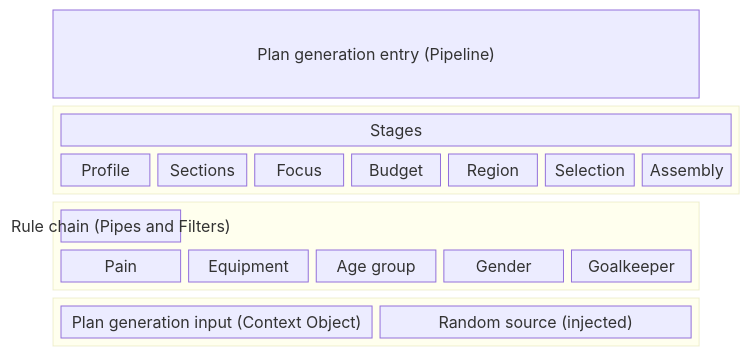
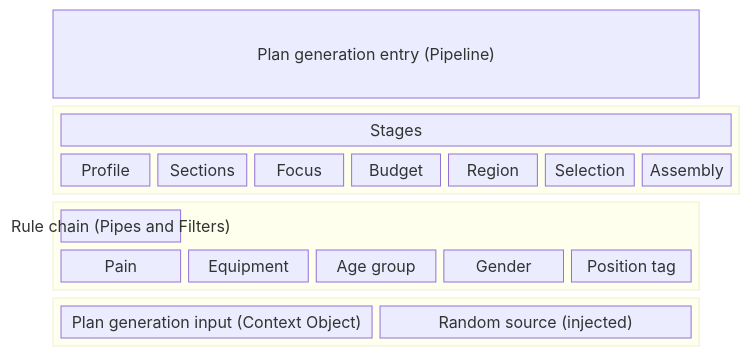
One commit to digital-athletic/sports-athletic changed the second of 2 diagrams in athlete-mobile/docs/adr/plan-generator-architecture.md. Above: the diagram before and after it, drawn with Mermaid. The commit also changed other lines of this file and 26 other files, not shown here.

````diff
--- a/athlete-mobile/docs/adr/plan-generator-architecture.md
+++ b/athlete-mobile/docs/adr/plan-generator-architecture.md
@@ -62,19 +62,19 @@
 ```mermaid
 block-beta
     columns 2
     entry["Plan generation entry (Pipeline)"]:2
     block:stages:2
         columns 7
         stagesTitle["Stages"]:7
         profile["Profile"] sections["Sections"] focus["Focus"] budget["Budget"] region["Region"] selection["Selection"] assembly["Assembly"]
     end
     block:rules:2
         columns 5
         rulesTitle["Rule chain (Pipes and Filters)"]:5
-        pain["Pain"] equipment["Equipment"] ageGroup["Age group"] gender["Gender"] goalkeeper["Goalkeeper"]
+        pain["Pain"] equipment["Equipment"] ageGroup["Age group"] gender["Gender"] positionTag["Position tag"]
     end
     block:context:2
         columns 2
         input["Plan generation input (Context Object)"] random["Random source (injected)"]
     end
 ```
````
